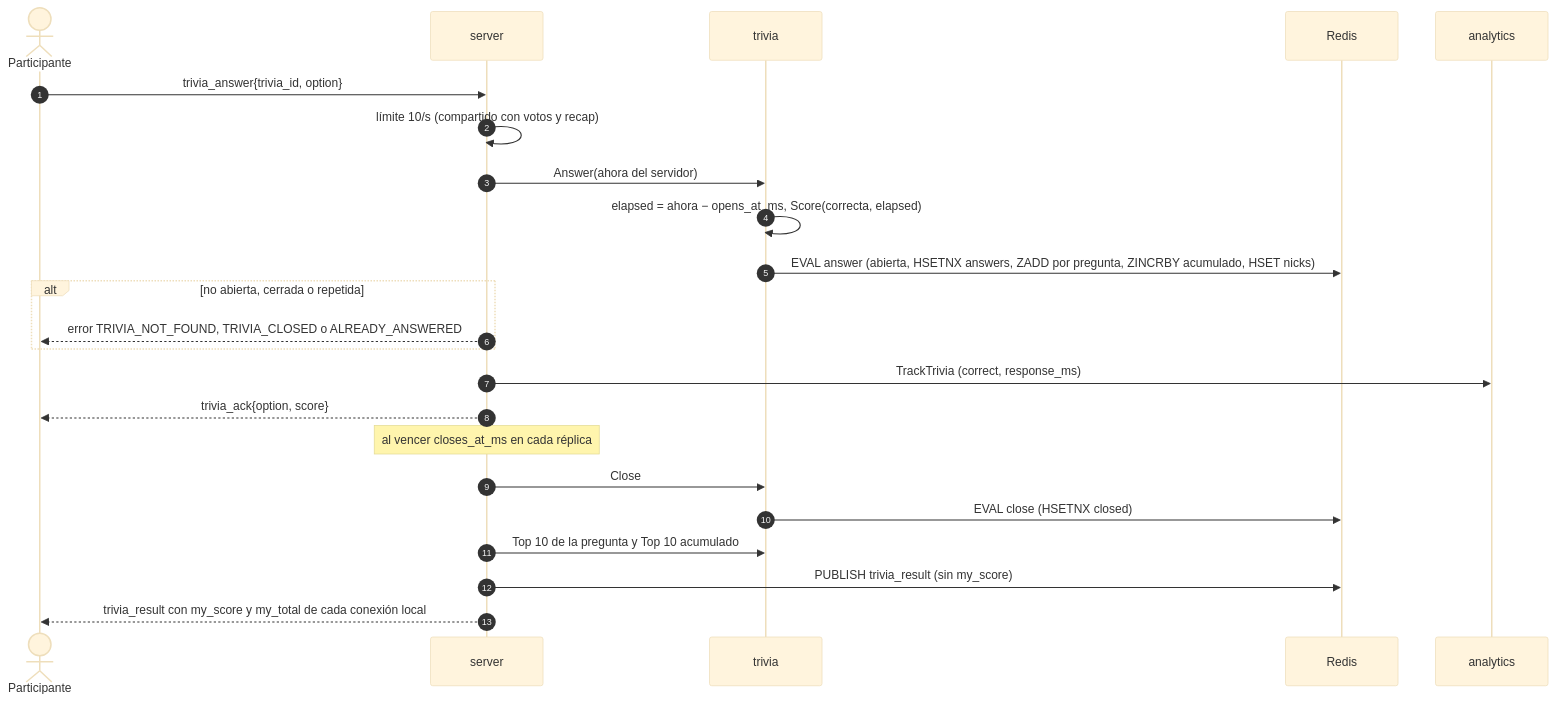
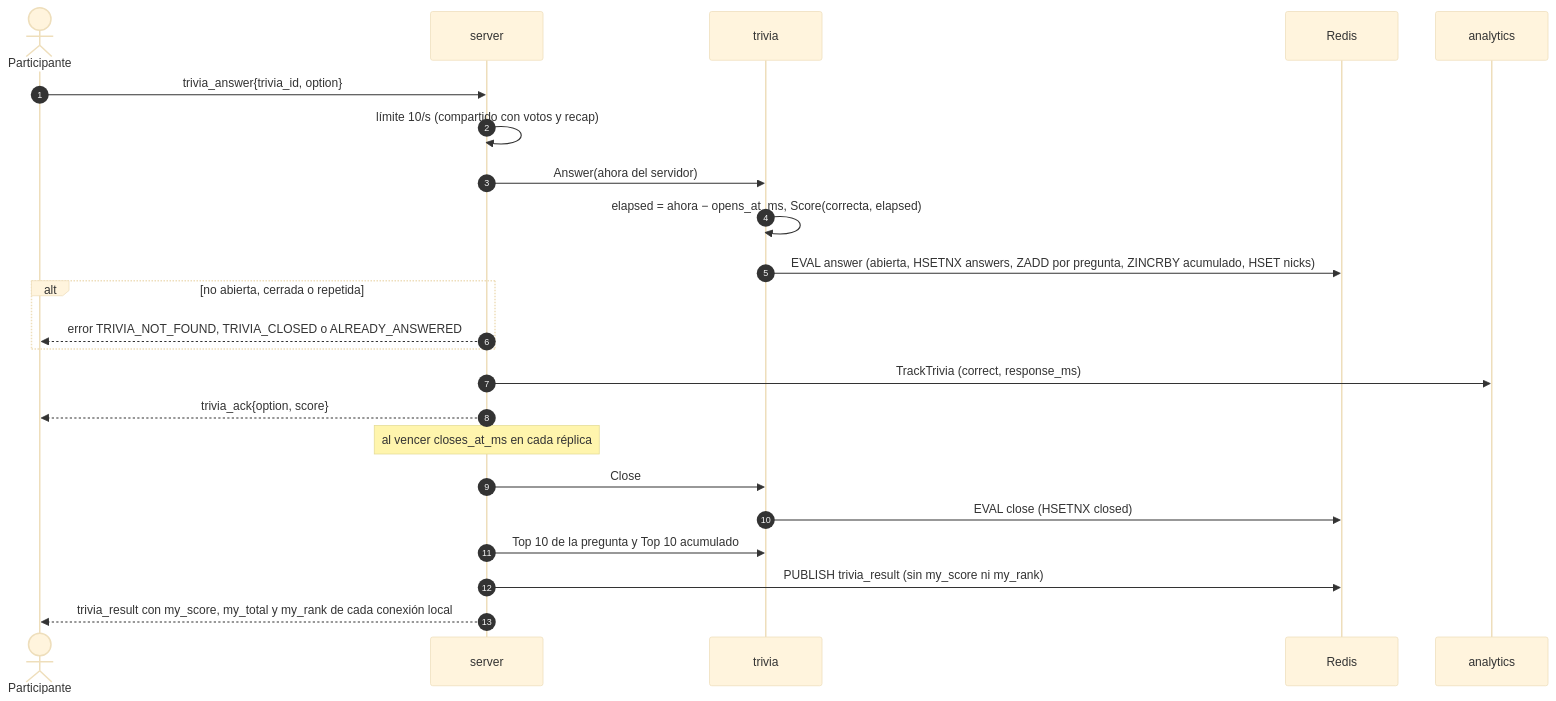
Before and after one commit to TINTOrganization/TINT: the seventh of 10 diagrams in services/social-core/README.md, drawn with Mermaid (base theme). The commit also changed other lines of this file and 8 other files, not shown here.

````diff
--- a/services/social-core/README.md
+++ b/services/social-core/README.md
@@ -293,26 +293,26 @@
 ```mermaid
 sequenceDiagram
     autonumber
     actor U as Participante
     participant S as server
     participant T as trivia
     participant R as Redis
     participant AN as analytics
 
     U->>S: trivia_answer{trivia_id, option}
     S->>S: límite 10/s (compartido con votos y recap)
     S->>T: Answer(ahora del servidor)
     T->>T: elapsed = ahora − opens_at_ms, Score(correcta, elapsed)
     T->>R: EVAL answer (abierta, HSETNX answers, ZADD por pregunta, ZINCRBY acumulado, HSET nicks)
     alt no abierta, cerrada o repetida
         S-->>U: error TRIVIA_NOT_FOUND, TRIVIA_CLOSED o ALREADY_ANSWERED
     end
     S->>AN: TrackTrivia (correct, response_ms)
     S-->>U: trivia_ack{option, score}
     Note over S: al vencer closes_at_ms en cada réplica
     S->>T: Close
     T->>R: EVAL close (HSETNX closed)
     S->>T: Top 10 de la pregunta y Top 10 acumulado
-    S->>R: PUBLISH trivia_result (sin my_score)
-    S-->>U: trivia_result con my_score y my_total de cada conexión local
+    S->>R: PUBLISH trivia_result (sin my_score ni my_rank)
+    S-->>U: trivia_result con my_score, my_total y my_rank de cada conexión local
 ```
````
